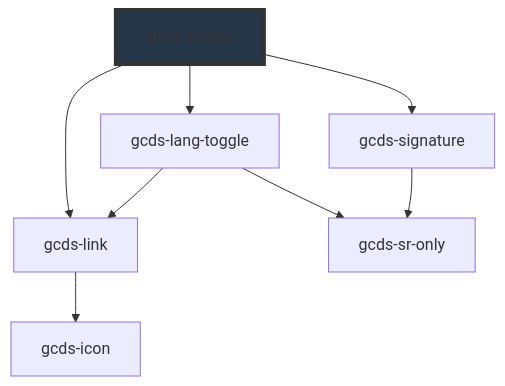
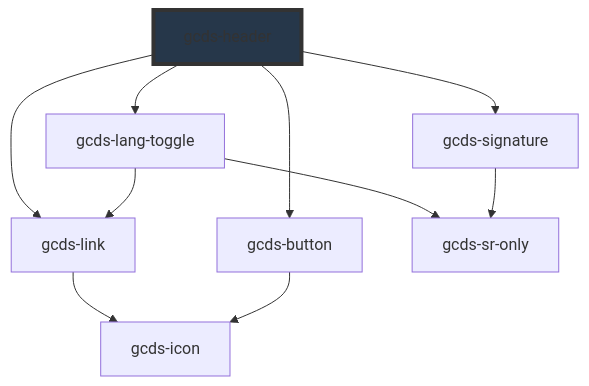
Before and after one commit to cds-snc/gcds-components: the diagram in packages/web/src/components/gcds-header/readme.md, drawn with Mermaid. The commit also changed other lines of this file and 13 other files, not shown here.

Commit message:
feat(gcds-header): add sign in button

````diff
--- a/packages/web/src/components/gcds-header/readme.md
+++ b/packages/web/src/components/gcds-header/readme.md
@@ -51,11 +54,13 @@
 ```mermaid
 graph TD;
   gcds-header --> gcds-link
   gcds-header --> gcds-lang-toggle
   gcds-header --> gcds-signature
+  gcds-header --> gcds-button
   gcds-link --> gcds-icon
   gcds-lang-toggle --> gcds-sr-only
   gcds-lang-toggle --> gcds-link
   gcds-signature --> gcds-sr-only
+  gcds-button --> gcds-icon
   style gcds-header fill:#26374a,stroke:#333,stroke-width:4px
 ```
````
